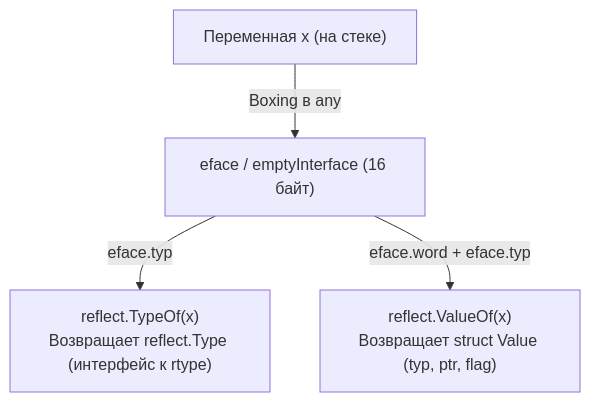
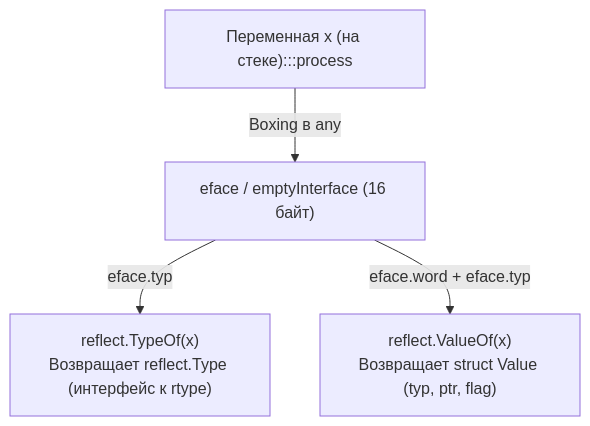
One commit to UnrealTemplier/go-textbook changed the first of 3 diagrams in sources/7. Глубокий Go (Внутреннее устройство)/37. Reflect под капотом.md. Above: the diagram before and after it, drawn with Mermaid. The commit also changed other lines of this file and 1666 other files, not shown here.

First line of the commit message:
feat(mermaid): add semantic color classDef to 1369 colorless flowchart/graph diagrams

````diff
--- a/sources/7. Глубокий Go (Внутреннее устройство)/37. Reflect под капотом.md
+++ b/sources/7. Глубокий Go (Внутреннее устройство)/37. Reflect под капотом.md
@@ -39,6 +39,16 @@
 ```mermaid
 flowchart TD
-    VAR["Переменная x (на стеке)"] -->|"Boxing в any"| EFACE["eface / emptyInterface (16 байт)"]
+    classDef process  fill:#1e293b,stroke:#38bdf8,stroke-width:1px,color:#f8fafc
+    classDef success  fill:#064e3b,stroke:#34d399,stroke-width:1px,color:#f8fafc
+    classDef error    fill:#7f1d1d,stroke:#f87171,stroke-width:1px,color:#f8fafc
+    classDef warning  fill:#78350f,stroke:#fbbf24,stroke-width:1px,color:#f8fafc
+    classDef entry    fill:#1e3a5f,stroke:#38bdf8,stroke-width:2px,color:#f8fafc
+    classDef aux      fill:#334155,stroke:#64748b,stroke-width:1px,color:#f8fafc
+    classDef system   fill:#312e81,stroke:#a78bfa,stroke-width:1px,color:#f8fafc
+    classDef data     fill:#132d29,stroke:#2dd4bf,stroke-width:1px,color:#f8fafc
+    classDef network  fill:#881337,stroke:#fb7185,stroke-width:1px,color:#f8fafc
+    classDef accent   fill:#1e1b4b,stroke:#818cf8,stroke-width:1px,color:#f8fafc
+    VAR["Переменная x (на стеке):::process"] -->|"Boxing в any"| EFACE["eface / emptyInterface (16 байт)"]
     EFACE -->|"eface.typ"| TYPE["reflect.TypeOf(x)<br>Возвращает reflect.Type (интерфейс к rtype)"]
     EFACE -->|"eface.word + eface.typ"| VALUE["reflect.ValueOf(x)<br>Возвращает struct Value (typ, ptr, flag)"]
 ```
````
